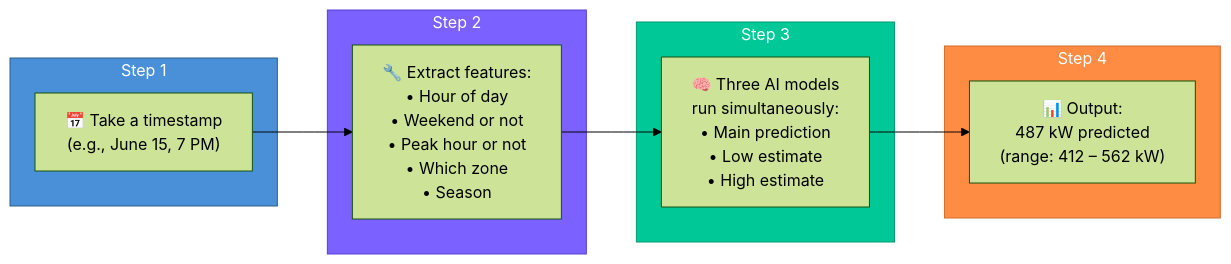
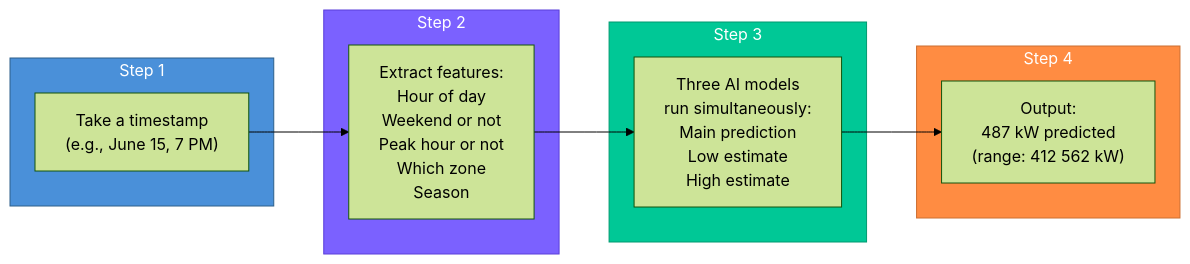
The fourth of 9 diagrams in README.md (AbhimanRajCoder/VOLTARIS-AI), drawn with Mermaid (forest theme) before and after one commit. The commit also changed other lines of this file, not shown here.

````diff
--- a/README.md
+++ b/README.md
@@ -557,22 +660,22 @@
 ```mermaid
 flowchart LR
-    subgraph Step1["Step 1"]
-        S1["📅 Take a timestamp\n(e.g., June 15, 7 PM)"]
-    end
-    subgraph Step2["Step 2"]
-        S2["🔧 Extract features:\n• Hour of day\n• Weekend or not\n• Peak hour or not\n• Which zone\n• Season"]
-    end
-    subgraph Step3["Step 3"]
-        S3["🧠 Three AI models\nrun simultaneously:\n• Main prediction\n• Low estimate\n• High estimate"]
-    end
-    subgraph Step4["Step 4"]
-        S4["📊 Output:\n487 kW predicted\n(range: 412 – 562 kW)"]
-    end
+  subgraph Step1["Step 1"]
+    S1[" Take a timestamp\n(e.g., June 15, 7 PM)"]
+  end
+  subgraph Step2["Step 2"]
+    S2[" Extract features:\n Hour of day\n Weekend or not\n Peak hour or not\n Which zone\n Season"]
+  end
+  subgraph Step3["Step 3"]
+    S3[" Three AI models\nrun simultaneously:\n Main prediction\n Low estimate\n High estimate"]
+  end
+  subgraph Step4["Step 4"]
+    S4[" Output:\n487 kW predicted\n(range: 412 562 kW)"]
+  end
 
-    S1 --> S2 --> S3 --> S4
+  S1 --> S2 --> S3 --> S4
 
-    style Step1 fill:#4A90D9,stroke:#2C5F8A,color:#fff
-    style Step2 fill:#7B61FF,stroke:#5A3FD9,color:#fff
-    style Step3 fill:#00C896,stroke:#009970,color:#fff
-    style Step4 fill:#FF8C42,stroke:#CC6E30,color:#fff
+  style Step1 fill:#4A90D9,stroke:#2C5F8A,color:#fff
+  style Step2 fill:#7B61FF,stroke:#5A3FD9,color:#fff
+  style Step3 fill:#00C896,stroke:#009970,color:#fff
+  style Step4 fill:#FF8C42,stroke:#CC6E30,color:#fff
 ```
````
